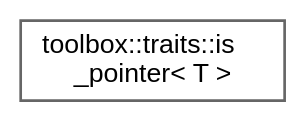
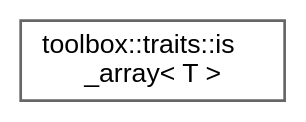
One commit to nerdneilsfield/cpp-toolbox changed the diagram in inherit_graph_136.dot. Above: the diagram before and after it, drawn with Graphviz. The commit also changed 460 other files, not shown here.

```diff
--- a/inherit_graph_136.dot
+++ b/inherit_graph_136.dot
@@ -1,9 +1,9 @@
 digraph "Graphical Class Hierarchy"
 {
  // LATEX_PDF_SIZE
   bgcolor="transparent";
   edge [fontname=Helvetica,fontsize=10,labelfontname=Helvetica,labelfontsize=10];
   node [fontname=Helvetica,fontsize=10,shape=box,height=0.2,width=0.4];
   rankdir="LR";
-  Node0 [id="Node000000",label="toolbox::traits::is\l_pointer\< T \>",height=0.2,width=0.4,color="grey40", fillcolor="white", style="filled",URL="$structtoolbox_1_1traits_1_1is__pointer.html",tooltip="检查类型是否为指针/Check if type is a pointer"];
+  Node0 [id="Node000000",label="toolbox::traits::is\l_array\< T \>",height=0.2,width=0.4,color="grey40", fillcolor="white", style="filled",URL="$structtoolbox_1_1traits_1_1is__array.html",tooltip="检查类型是否为数组/Check if type is an array"];
 }
```
